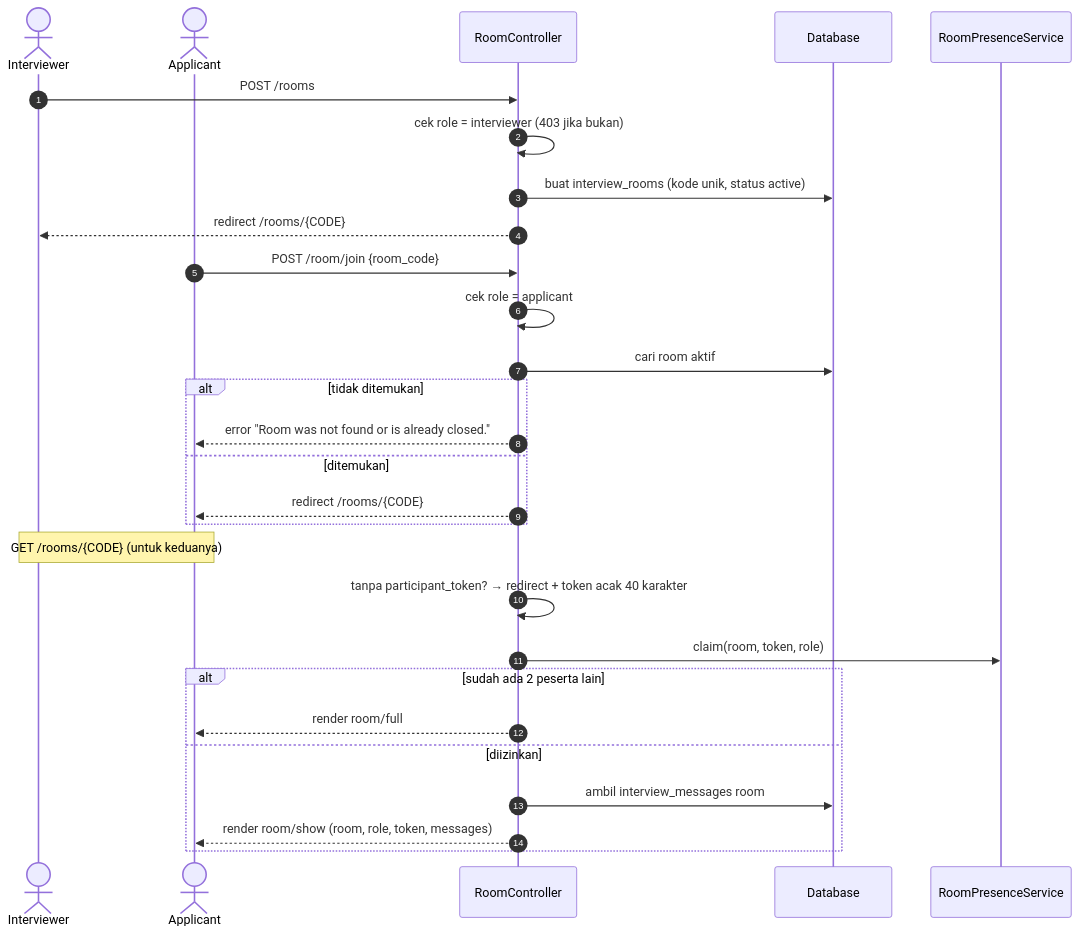
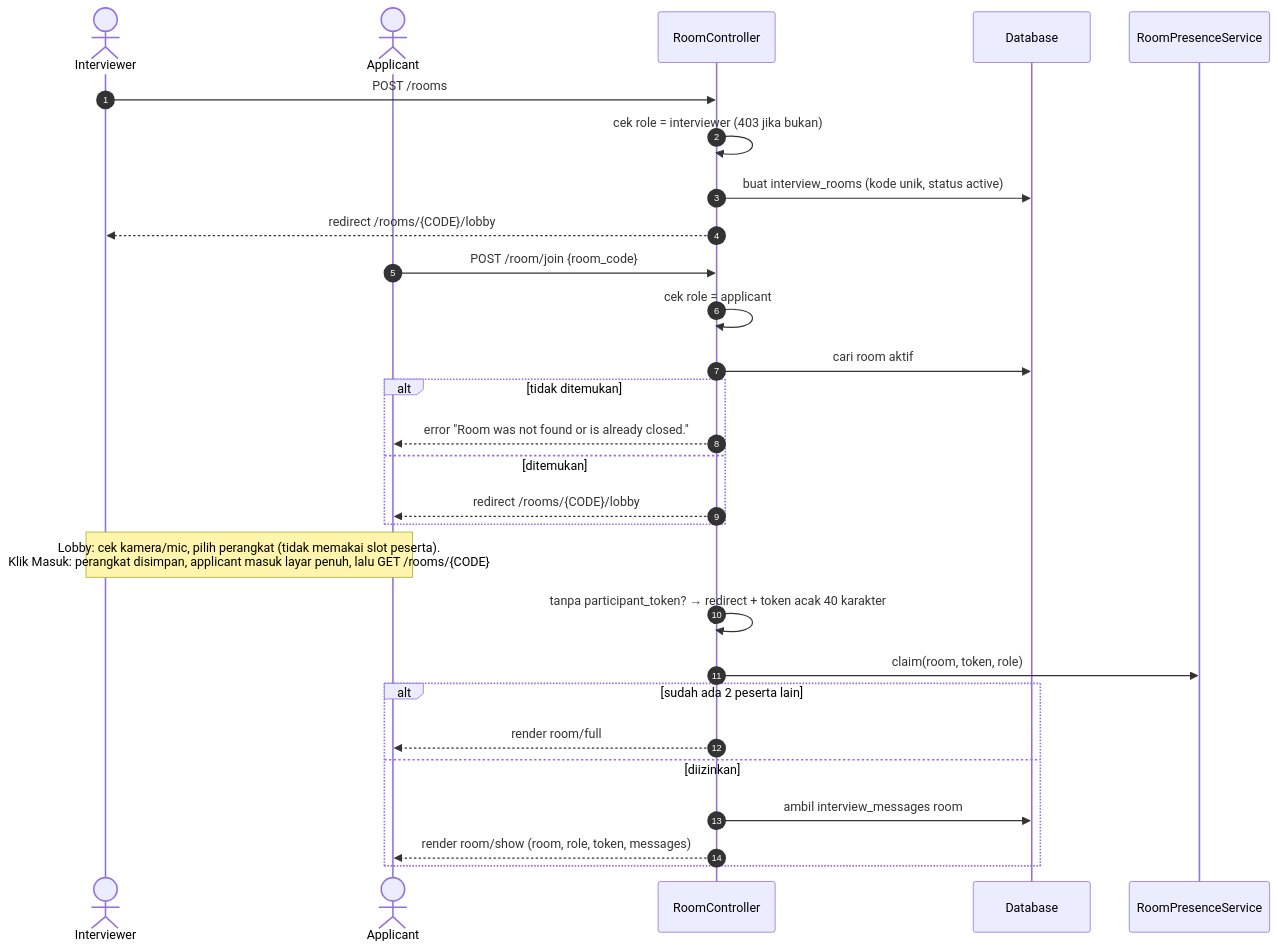
The third of 10 diagrams in docs/FLOWS.md (MRadhityaUtomo/ai-interviewer-test), drawn with Mermaid before and after one commit. The commit also changed 13 other files, not shown here.

````diff
--- a/docs/FLOWS.md
+++ b/docs/FLOWS.md
@@ -74,33 +74,33 @@
 ```mermaid
 sequenceDiagram
     autonumber
     actor IV as Interviewer
     actor AP as Applicant
     participant RC as RoomController
     participant DB as Database
     participant PS as RoomPresenceService
 
     IV->>RC: POST /rooms
     RC->>RC: cek role = interviewer (403 jika bukan)
     RC->>DB: buat interview_rooms (kode unik, status active)
-    RC-->>IV: redirect /rooms/{CODE}
+    RC-->>IV: redirect /rooms/{CODE}/lobby
 
     AP->>RC: POST /room/join {room_code}
     RC->>RC: cek role = applicant
     RC->>DB: cari room aktif
     alt tidak ditemukan
         RC-->>AP: error "Room was not found or is already closed."
     else ditemukan
-        RC-->>AP: redirect /rooms/{CODE}
+        RC-->>AP: redirect /rooms/{CODE}/lobby
     end
 
-    Note over IV,AP: GET /rooms/{CODE} (untuk keduanya)
+    Note over IV,AP: Lobby: cek kamera/mic, pilih perangkat (tidak memakai slot peserta).<br/>Klik Masuk: perangkat disimpan, applicant masuk layar penuh, lalu GET /rooms/{CODE}
     RC->>RC: tanpa participant_token? → redirect + token acak 40 karakter
     RC->>PS: claim(room, token, role)
     alt sudah ada 2 peserta lain
         RC-->>AP: render room/full
     else diizinkan
         RC->>DB: ambil interview_messages room
         RC-->>AP: render room/show (room, role, token, messages)
     end
 ```
````
